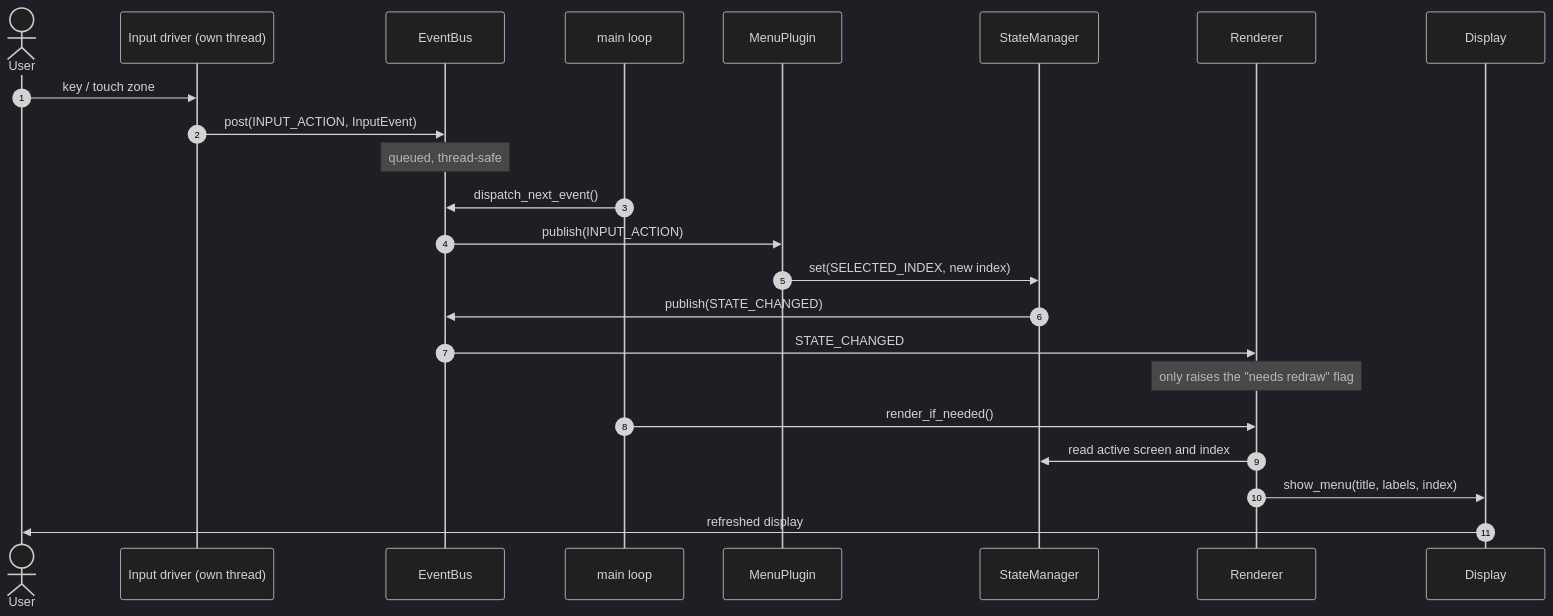
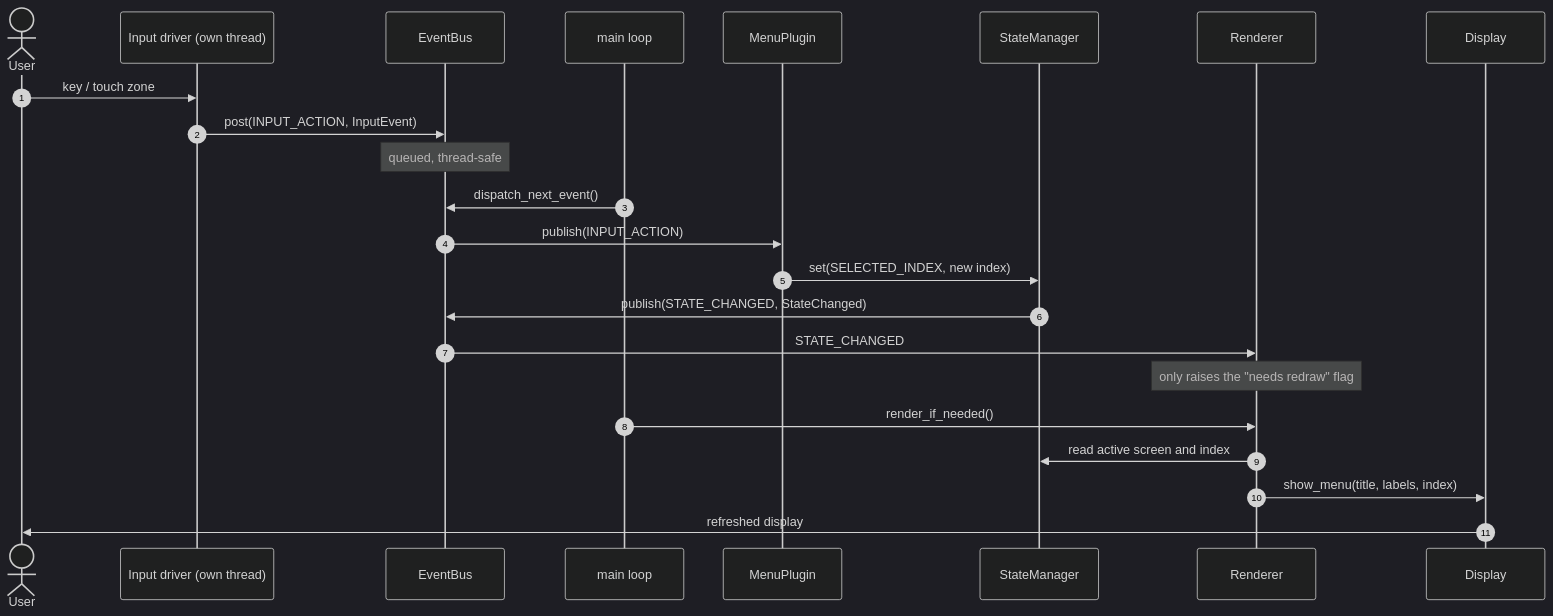
One commit to A-Dann/Antonino-TuttoFare_PI3bplus changed the second of 5 diagrams in docs/architecture.md. Above: the diagram before and after it, drawn with Mermaid (dark theme). The commit also changed other lines of this file, not shown here.

````diff
--- a/docs/architecture.md
+++ b/docs/architecture.md
@@ -85,26 +90,26 @@
 ```mermaid
 sequenceDiagram
     autonumber
     actor User
     participant Device as Input driver (own thread)
     participant Bus as EventBus
     participant Main as main loop
     participant Menu as MenuPlugin
     participant State as StateManager
     participant Render as Renderer
     participant Disp as Display
- 
+
     User->>Device: key / touch zone
     Device->>Bus: post(INPUT_ACTION, InputEvent)
     Note over Bus: queued, thread-safe
     Main->>Bus: dispatch_next_event()
     Bus->>Menu: publish(INPUT_ACTION)
     Menu->>State: set(SELECTED_INDEX, new index)
-    State->>Bus: publish(STATE_CHANGED)
+    State->>Bus: publish(STATE_CHANGED, StateChanged)
     Bus->>Render: STATE_CHANGED
     Note over Render: only raises the "needs redraw" flag
     Main->>Render: render_if_needed()
     Render->>State: read active screen and index
     Render->>Disp: show_menu(title, labels, index)
     Disp->>User: refreshed display
 ```
````
